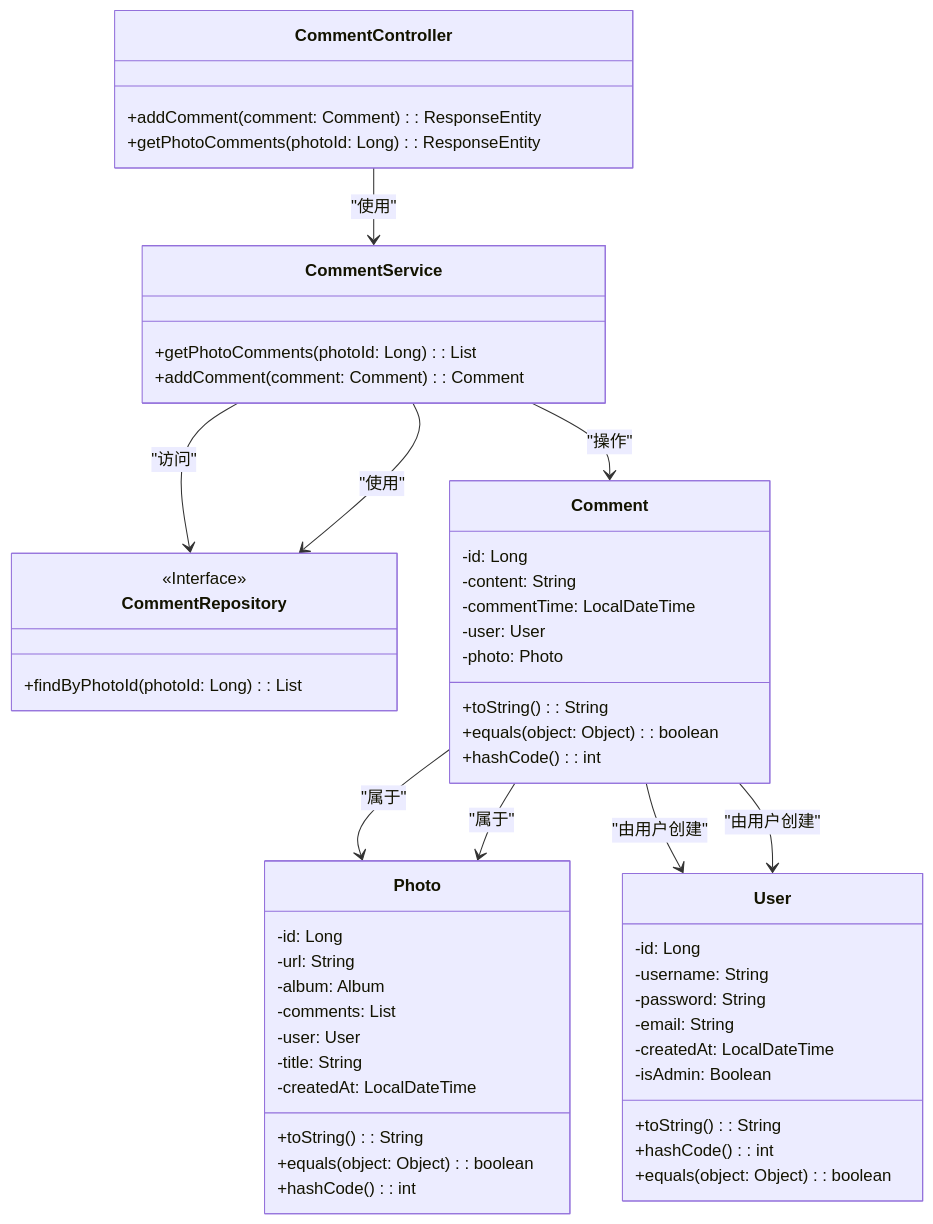
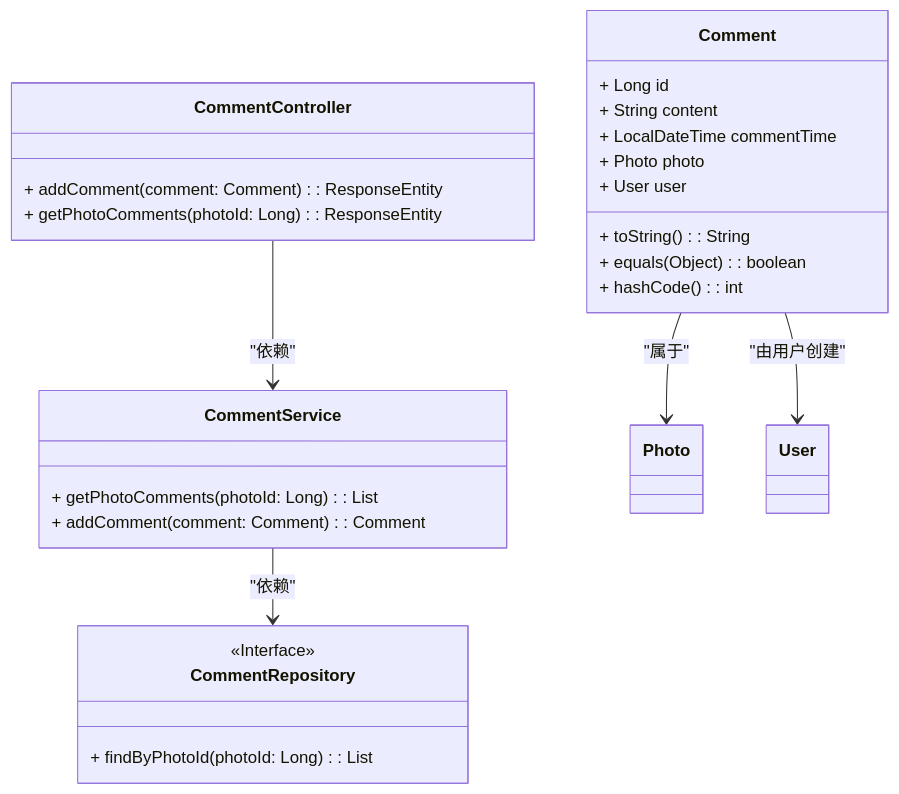
Diagram 11 of 14 in README.md (lightmon233/Memento), drawn with Mermaid before and after one commit. The commit also changed other lines of this file, not shown here.

````diff
--- a/README.md
+++ b/README.md
@@ -593,69 +500,30 @@
 ```mermaid
 classDiagram
-%% Comment模块的依赖关系和继承外部模块的关系
-
-%% CommentController类
+class Comment {
+  + Long id
+  + String content
+  + LocalDateTime commentTime
+  + Photo photo
+  + User user
+  + toString(): String
+  + equals(Object): boolean
+  + hashCode(): int
+}
 class CommentController {
-    +addComment(comment: Comment): ResponseEntity<?>
-    +getPhotoComments(photoId: Long): ResponseEntity<?>
+  + addComment(comment: Comment): ResponseEntity<?>
+  + getPhotoComments(photoId: Long): ResponseEntity<?>
 }
-CommentController --> CommentService : "使用"
-
-%% CommentService类
 class CommentService {
-    +getPhotoComments(photoId: Long): List<Comment>
-    +addComment(comment: Comment): Comment
+  + getPhotoComments(photoId: Long): List<Comment>
+  + addComment(comment: Comment): Comment
 }
-CommentService --> CommentRepository : "访问"
-CommentService --> Comment : "操作"
-
-%% Comment类
-class Comment {
-    -id: Long
-    -content: String
-    -commentTime: LocalDateTime
-    -user: User
-    -photo: Photo
-    +toString(): String
-    +equals(object: Object): boolean
-    +hashCode(): int
+class CommentRepository {
+  <<Interface>>
+  + findByPhotoId(photoId: Long): List<Comment>
 }
 Comment --> Photo : "属于"
 Comment --> User : "由用户创建"
-
-%% CommentRepository接口
-class CommentRepository {
-    <<Interface>>
-    +findByPhotoId(photoId: Long): List<Comment>
-}
-CommentService --> CommentRepository : "使用"
-
-%% 关联模块关系
-class Photo {
-    -id: Long
-    -url: String
-    -album: Album
-    -comments: List<Comment>
-    -user: User
-    -title: String
-    -createdAt: LocalDateTime
-    +toString(): String
-    +equals(object: Object): boolean
-    +hashCode(): int
-}
-Comment --> Photo : "属于"
-
-class User {
-    -id: Long
-    -username: String
-    -password: String
-    -email: String
-    -createdAt: LocalDateTime
-    -isAdmin: Boolean
-    +toString(): String
-    +hashCode(): int
-    +equals(object: Object): boolean
-}
-Comment --> User : "由用户创建"
+CommentController --> CommentService : "依赖"
+CommentService --> CommentRepository : "依赖"
 
 ```
````
